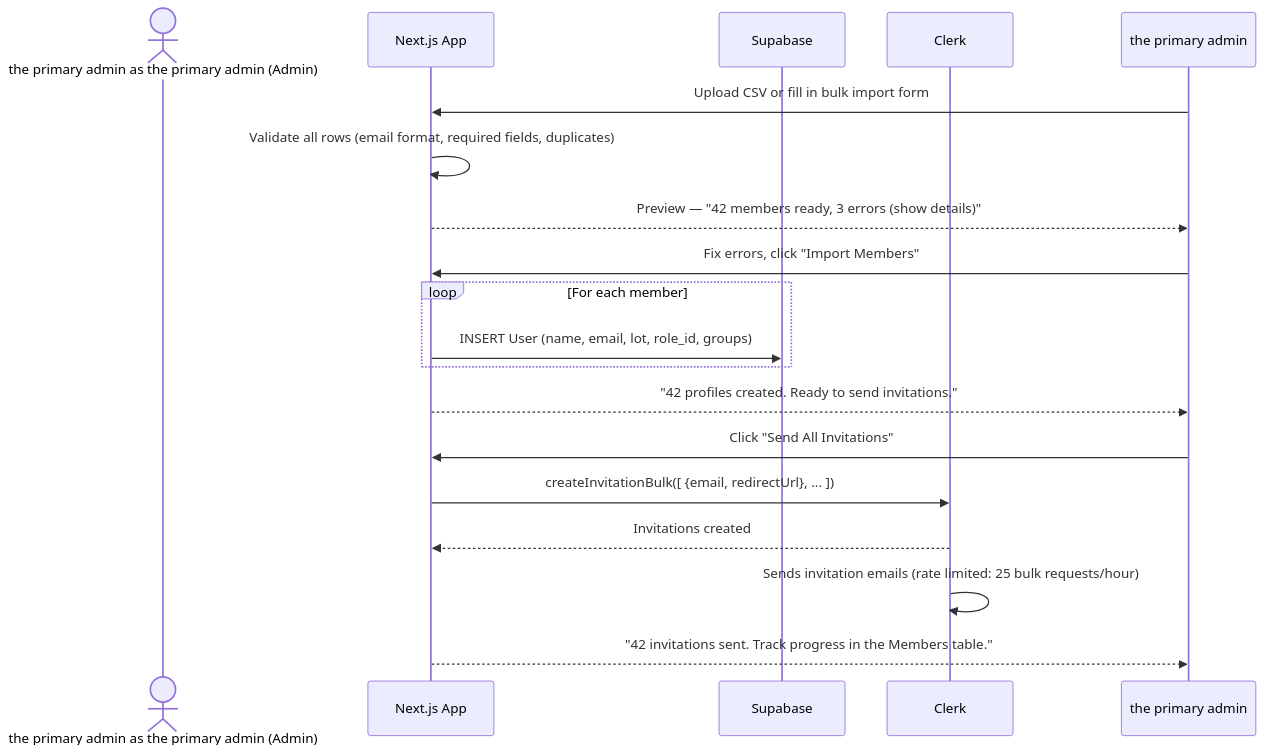
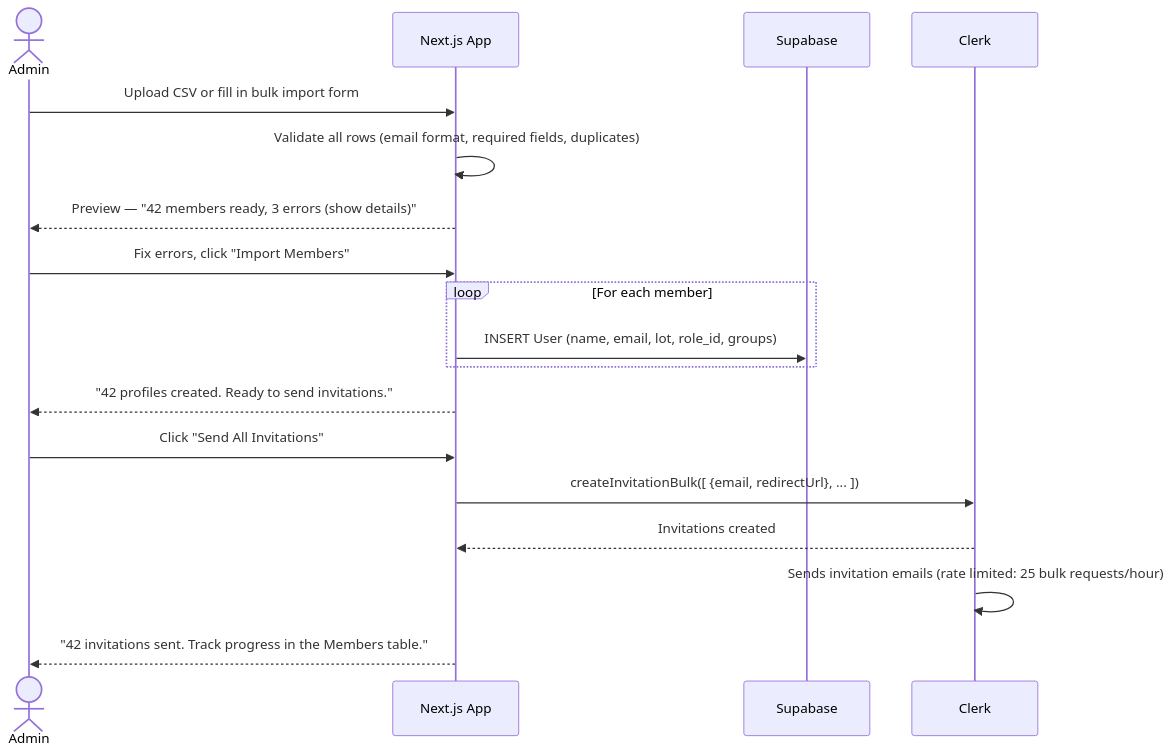
Before and after one commit to spencerevison/nsi-portal: the third of 4 diagrams in docs/nsi-portal-onboarding-flow-design.md, drawn with Mermaid. The commit also changed other lines of this file and 4 other files, not shown here.

Commit message:
docs: tighten mermaid actor names and prose grammar in design docs

````diff
--- a/docs/nsi-portal-onboarding-flow-design.md
+++ b/docs/nsi-portal-onboarding-flow-design.md
@@ -86,23 +86,23 @@
 ```mermaid
 sequenceDiagram
-    actor the primary admin as the primary admin (Admin)
+    actor Admin
     participant App as Next.js App
     participant SB as Supabase
     participant CK as Clerk
 
-    the primary admin->>App: Upload CSV or fill in bulk import form
+    Admin->>App: Upload CSV or fill in bulk import form
     App->>App: Validate all rows (email format, required fields, duplicates)
-    App-->>the primary admin: Preview — "42 members ready, 3 errors (show details)"
-    the primary admin->>App: Fix errors, click "Import Members"
+    App-->>Admin: Preview — "42 members ready, 3 errors (show details)"
+    Admin->>App: Fix errors, click "Import Members"
     
     loop For each member
         App->>SB: INSERT User (name, email, lot, role_id, groups)
     end
-    App-->>the primary admin: "42 profiles created. Ready to send invitations."
+    App-->>Admin: "42 profiles created. Ready to send invitations."
     
-    the primary admin->>App: Click "Send All Invitations"
+    Admin->>App: Click "Send All Invitations"
     App->>CK: createInvitationBulk([ {email, redirectUrl}, ... ])
     CK-->>App: Invitations created
     CK->>CK: Sends invitation emails (rate limited: 25 bulk requests/hour)
-    App-->>the primary admin: "42 invitations sent. Track progress in the Members table."
+    App-->>Admin: "42 invitations sent. Track progress in the Members table."
 ```
````
